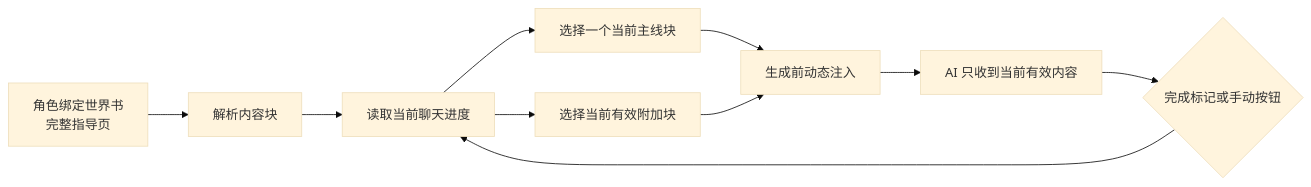
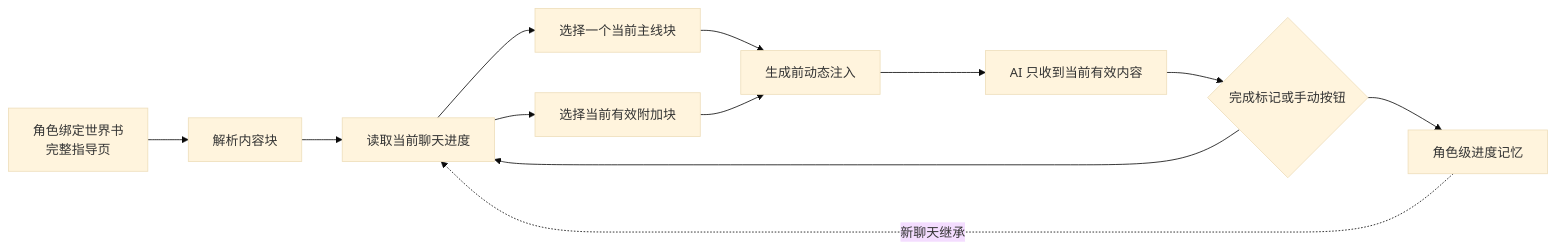
Before and after one commit to PlayerAlex/sillytavern-dynamic-guide: the diagram in README.md, drawn with Mermaid (base theme). The commit also changed other lines of this file and 3 other files, not shown here.

````diff
--- a/README.md
+++ b/README.md
@@ -129,12 +138,14 @@
 ```mermaid
 flowchart LR
     A[角色绑定世界书<br/>完整指导页] --> B[解析内容块]
     B --> C[读取当前聊天进度]
+    K[角色级进度记忆] -.新聊天继承.-> C
     C --> D[选择一个当前主线块]
     C --> E[选择当前有效附加块]
     D --> F[生成前动态注入]
     E --> F
     F --> G[AI 只收到当前有效内容]
     G --> H{完成标记或手动按钮}
     H --> C
+    H --> K
 ```
````
